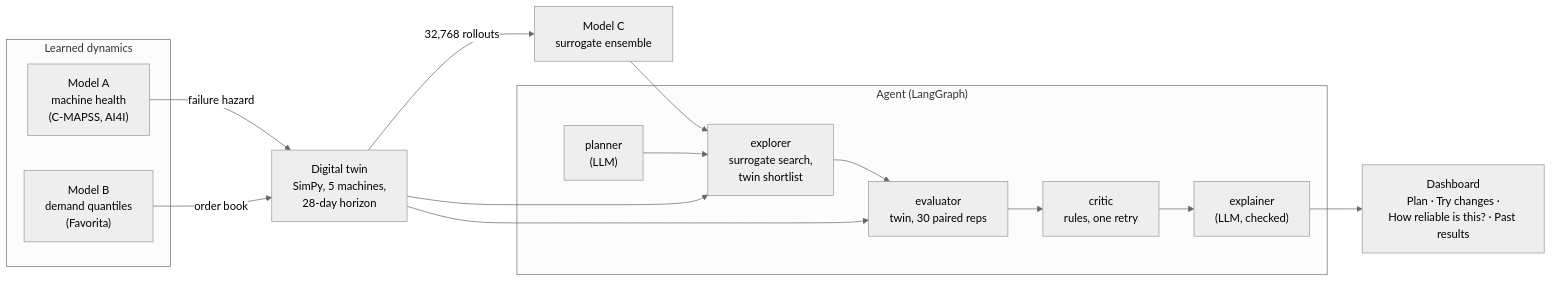
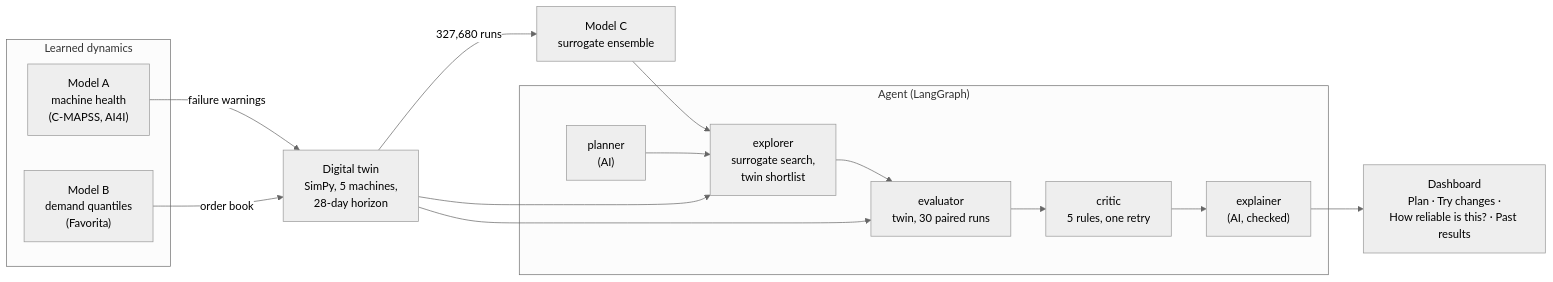
One commit to harvik07/twinmind changed the diagram in README.md. Above: the diagram before and after it, drawn with Mermaid (neutral theme). The commit also changed other lines of this file and 11 other files, not shown here.

````diff
--- a/README.md
+++ b/README.md
@@ -21,20 +58,20 @@
 ```mermaid
 flowchart LR
     subgraph Learned dynamics
         A["Model A<br/>machine health<br/>(C-MAPSS, AI4I)"]
         B["Model B<br/>demand quantiles<br/>(Favorita)"]
     end
-    A -- failure hazard --> T["Digital twin<br/>SimPy, 5 machines,<br/>28-day horizon"]
+    A -- failure warnings --> T["Digital twin<br/>SimPy, 5 machines,<br/>28-day horizon"]
     B -- order book --> T
-    T -- 32,768 rollouts --> C["Model C<br/>surrogate ensemble"]
+    T -- 327,680 runs --> C["Model C<br/>surrogate ensemble"]
     subgraph Agent ["Agent (LangGraph)"]
-        P["planner<br/>(LLM)"] --> E["explorer<br/>surrogate search,<br/>twin shortlist"]
-        E --> V["evaluator<br/>twin, 30 paired reps"]
-        V --> K["critic<br/>rules, one retry"]
-        K --> X["explainer<br/>(LLM, checked)"]
+        P["planner<br/>(AI)"] --> E["explorer<br/>surrogate search,<br/>twin shortlist"]
+        E --> V["evaluator<br/>twin, 30 paired runs"]
+        V --> K["critic<br/>5 rules, one retry"]
+        K --> X["explainer<br/>(AI, checked)"]
     end
     C --> E
     T --> E
     T --> V
     X --> D["Dashboard<br/>Plan · Try changes ·<br/>How reliable is this? · Past results"]
 ```
````
